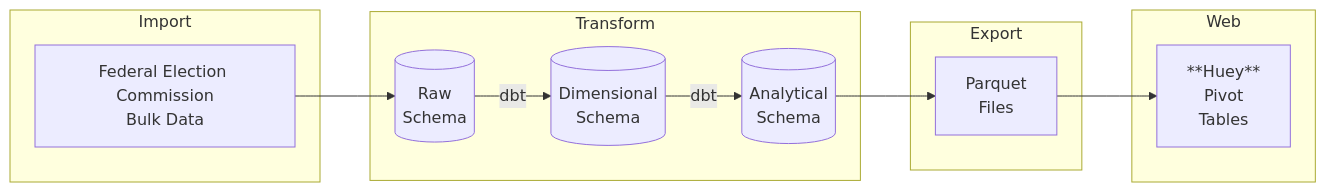
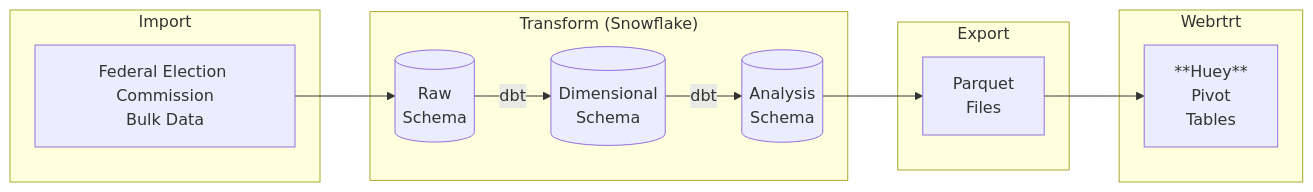
The diagram in README.md (smckissock/fec), drawn with Mermaid before and after one commit. The commit also changed other lines of this file and 6 other files, not shown here.

````diff
--- a/README.md
+++ b/README.md
@@ -17,27 +17,27 @@
 ```mermaid
 
     flowchart LR
         A[Federal Election Commission<br>Bulk Data] --> B[(Raw<br>Schema)]
         B --> |dbt| C[(Dimensional<br>Schema)]
-        C --> |dbt| D[(Analytical<br>Schema)]
+        C --> |dbt| D[(Analysis<br>Schema)]
         D --> E[Parquet<br>Files]
         E --> F[**Huey**<br>Pivot<br>Tables]
 
         subgraph Import
             A
         end
         
-        subgraph Transform
+        subgraph "Transform (Snowflake)"
             B
             C 
             D
         end
         
         subgraph Export
             E
         end 
 
-        subgraph Web
+        subgraph Webrtrt
             F 
         end
 ```
````
